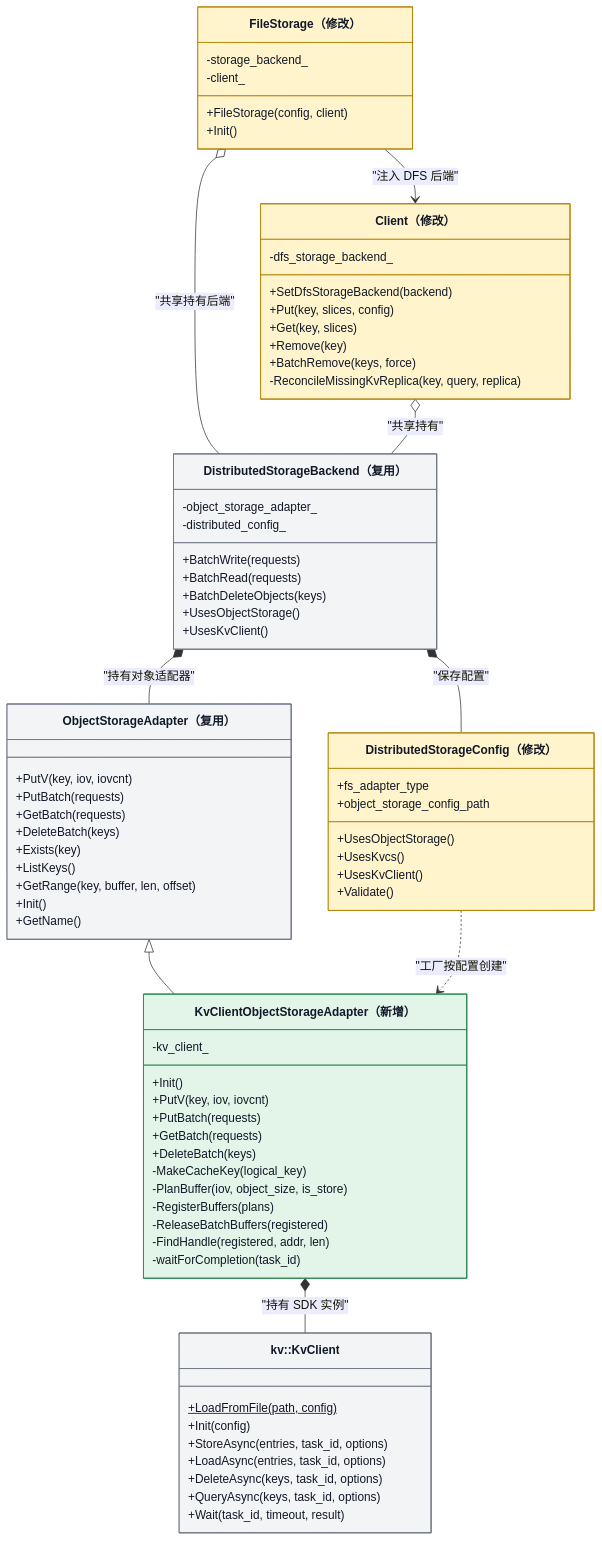
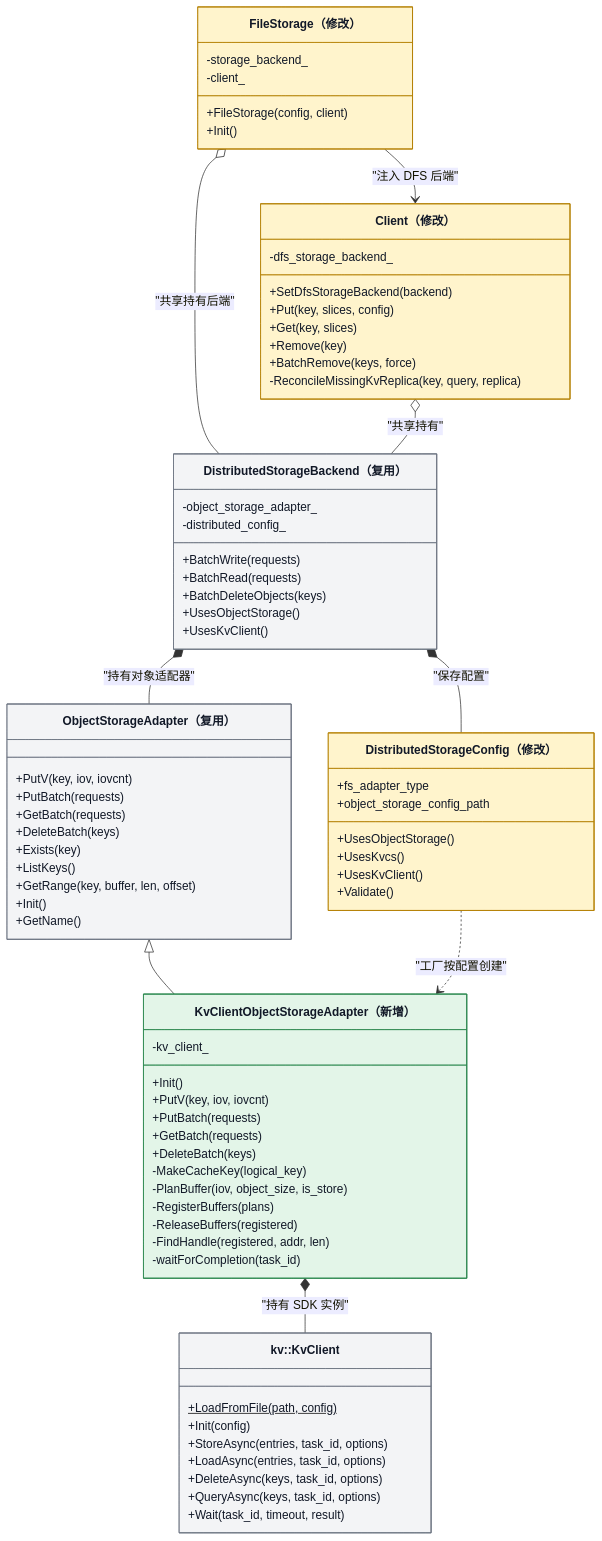
Before and after one commit to zwj20000328-dotcom/Mooncake-documents: the second of 13 diagrams in Mooncake + KVClient L3 接入（Kvcs）- v3.md, drawn with Mermaid. The commit also changed other lines of this file, not shown here.

Commit message:
docs: rename ReleaseBatchBuffers to ReleaseBuffers

```diff
--- a/Mooncake + KVClient L3 接入（Kvcs）- v3.md
+++ b/Mooncake + KVClient L3 接入（Kvcs）- v3.md
@@ -182,7 +182,7 @@
         -MakeCacheKey(logical_key)
         -PlanBuffer(iov, object_size, is_store)
         -RegisterBuffers(plans)
-        -ReleaseBatchBuffers(registered)
+        -ReleaseBuffers(registered)
         -FindHandle(registered, addr, len)
         -waitForCompletion(task_id)
     }
```
